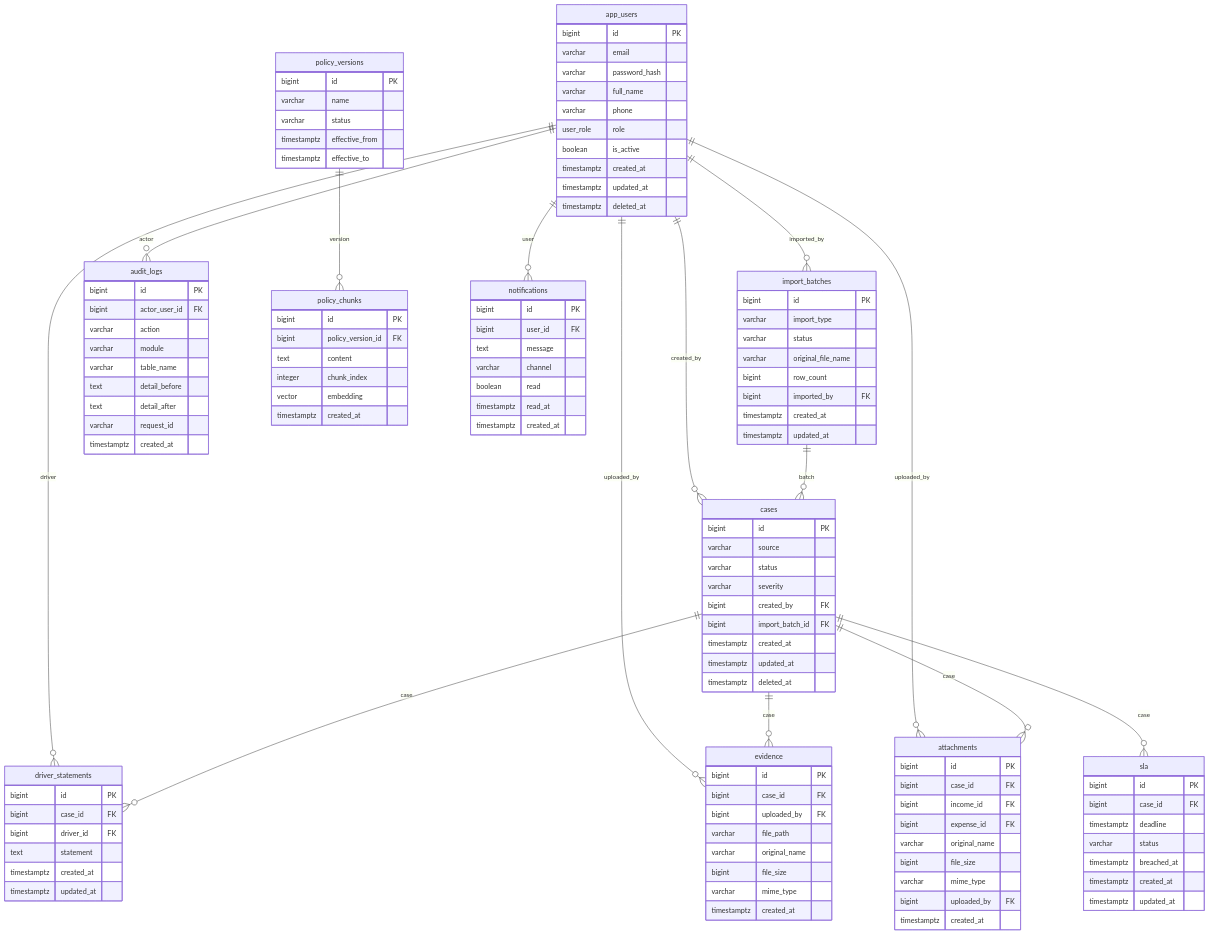
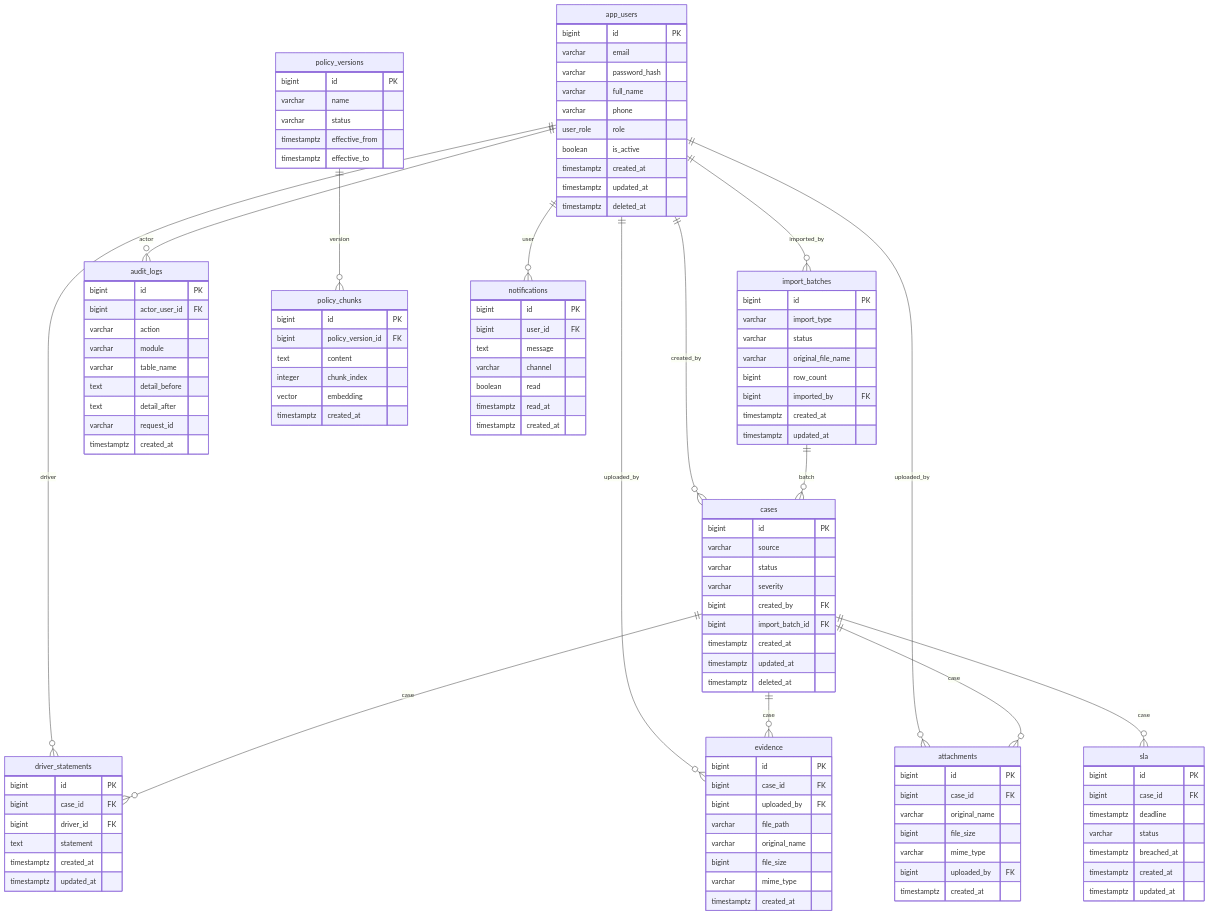
One commit to SpoopyTuan/Green-Car changed the third of 3 diagrams in docs/DATABASE.md. Above: the diagram before and after it, drawn with Mermaid. The commit also changed other lines of this file and 5 other files, not shown here.

```diff
--- a/docs/DATABASE.md
+++ b/docs/DATABASE.md
@@ -134,8 +134,6 @@
   attachments {
     bigint id PK
     bigint case_id FK
-    bigint income_id FK
-    bigint expense_id FK
     varchar original_name
     bigint file_size
     varchar mime_type
```
